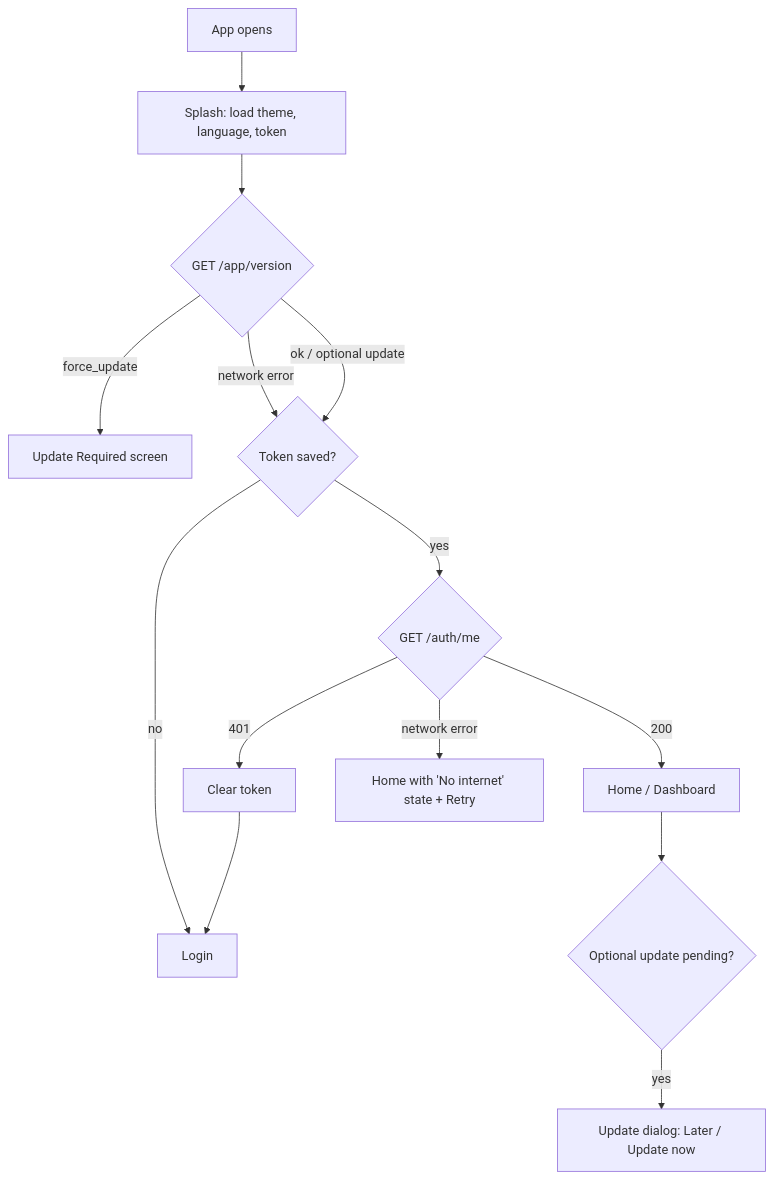
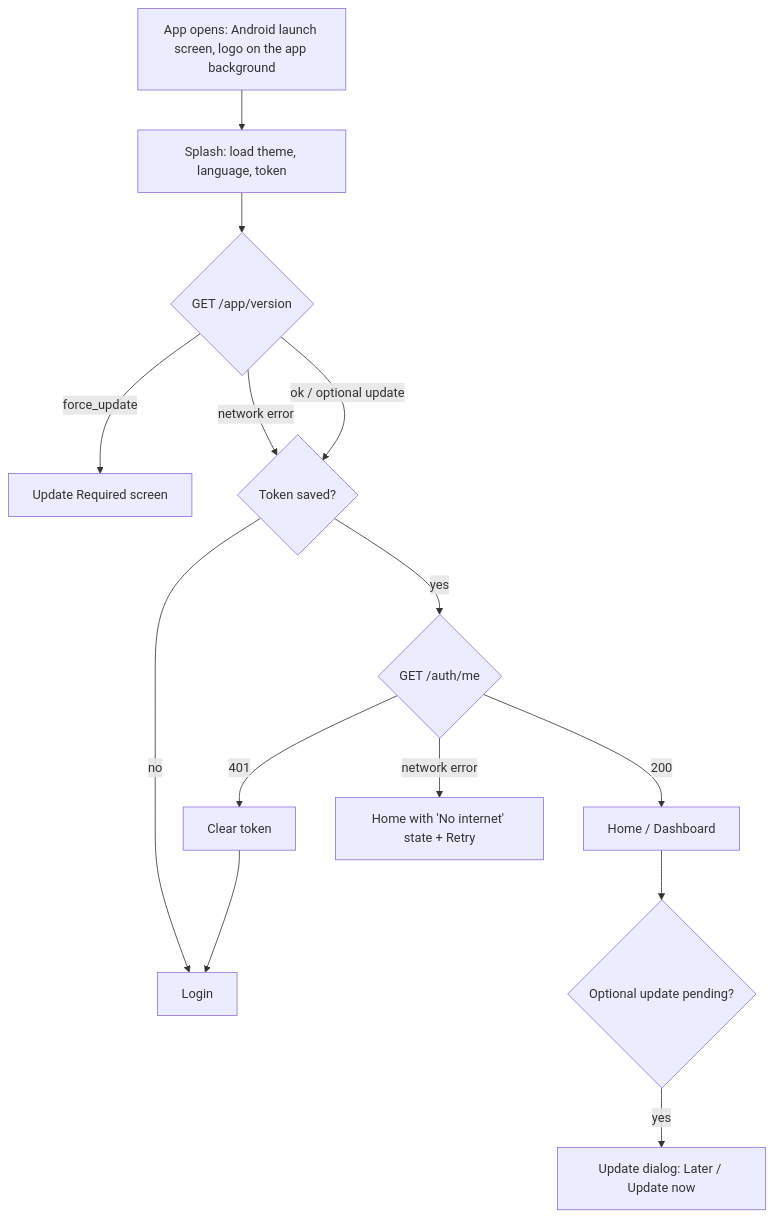
The first of 5 diagrams in docs/03-AppFlow.md (musarafhossain/FlyAsh), drawn with Mermaid before and after one commit. The commit also changed 37 other files, not shown here.

First line of the commit message:
Android splash: app colours + logo instead of a black screen

````diff
--- a/docs/03-AppFlow.md
+++ b/docs/03-AppFlow.md
@@ -14,15 +14,15 @@
 ```mermaid
 flowchart TD
-    A[App opens] --> B[Splash: load theme, language, token]
+    A[App opens: Android launch screen, logo on the app background] --> B[Splash: load theme, language, token]
     B --> C{GET /app/version}
     C -- force_update --> U[Update Required screen]
     C -- network error --> D
     C -- ok / optional update --> D{Token saved?}
     D -- no --> L[Login]
     D -- yes --> E{GET /auth/me}
     E -- 200 --> H[Home / Dashboard]
     E -- 401 --> X[Clear token] --> L
     E -- network error --> N[Home with 'No internet' state + Retry]
     H --> O{Optional update pending?}
     O -- yes --> P[Update dialog: Later / Update now]
 ```
````
